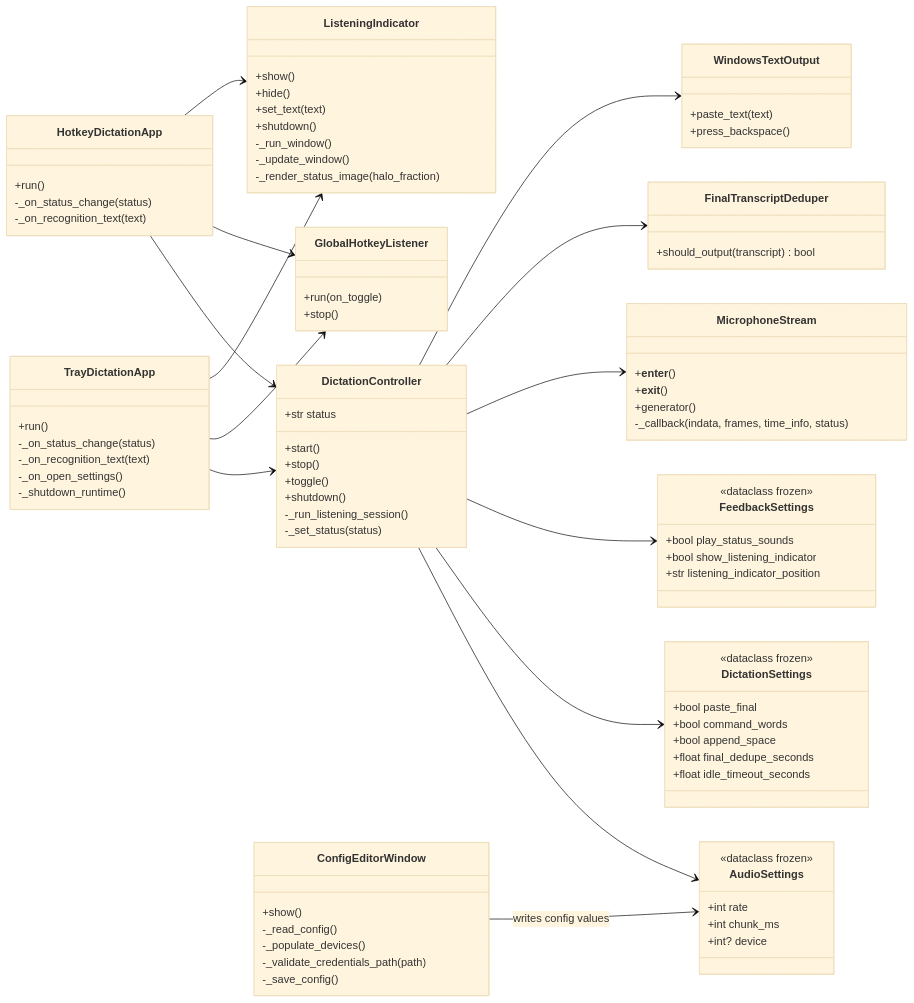
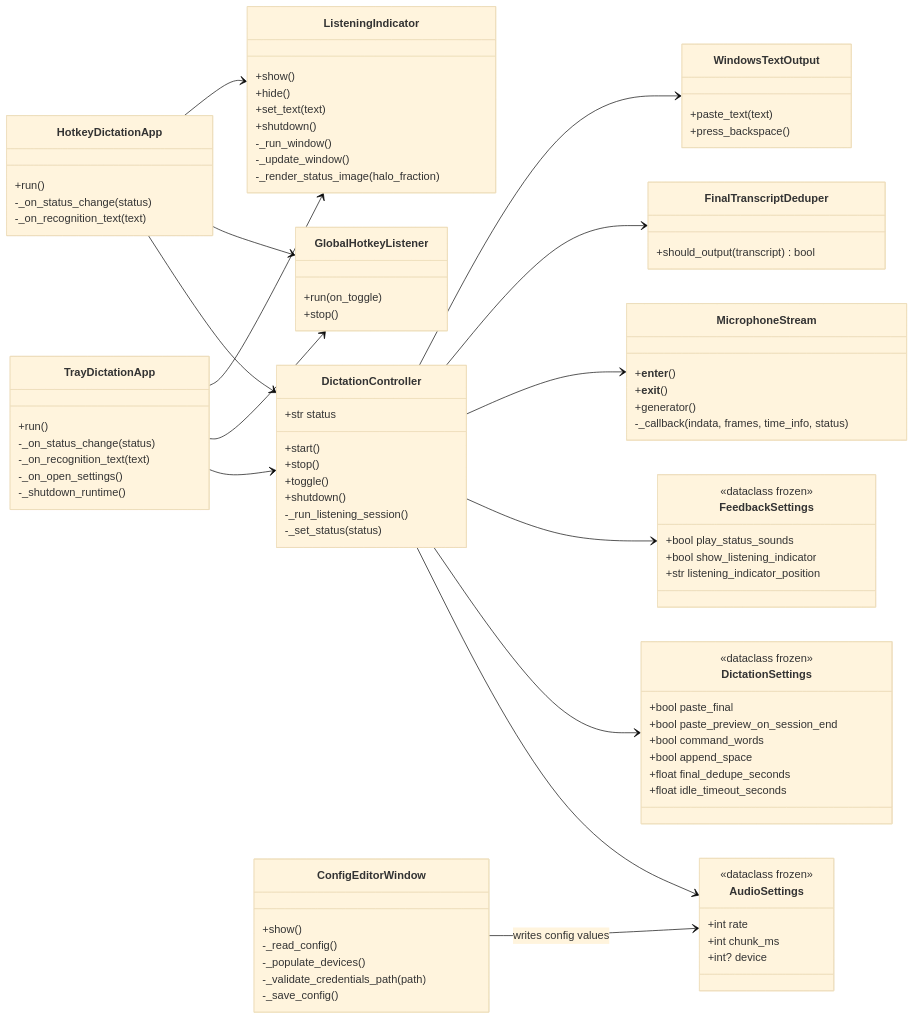
One commit to cocomine/win-voice-input changed the second of 6 diagrams in docs/TECHNICAL_DOCUMENTATION.md. Above: the diagram before and after it, drawn with Mermaid (base theme). The commit also changed other lines of this file and 8 other files, not shown here.

Commit message:
feat: add session-end preview paste option for non-final transcripts

```diff
--- a/docs/TECHNICAL_DOCUMENTATION.md
+++ b/docs/TECHNICAL_DOCUMENTATION.md
@@ -61,6 +62,7 @@
     class DictationSettings {
         <<dataclass frozen>>
         +bool paste_final
+        +bool paste_preview_on_session_end
         +bool command_words
         +bool append_space
         +float final_dedupe_seconds
```
